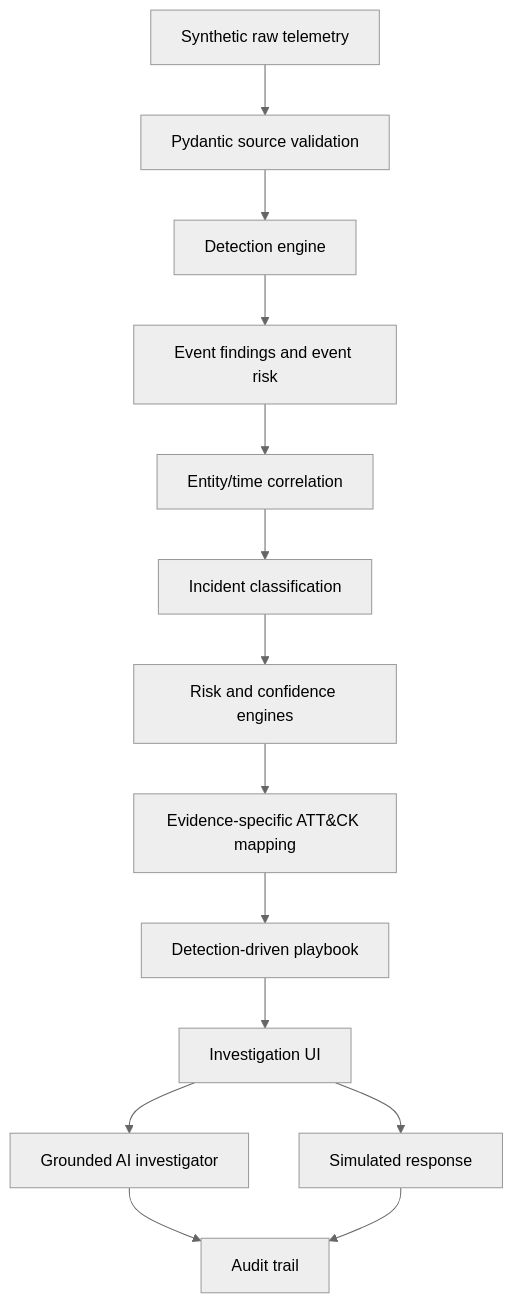
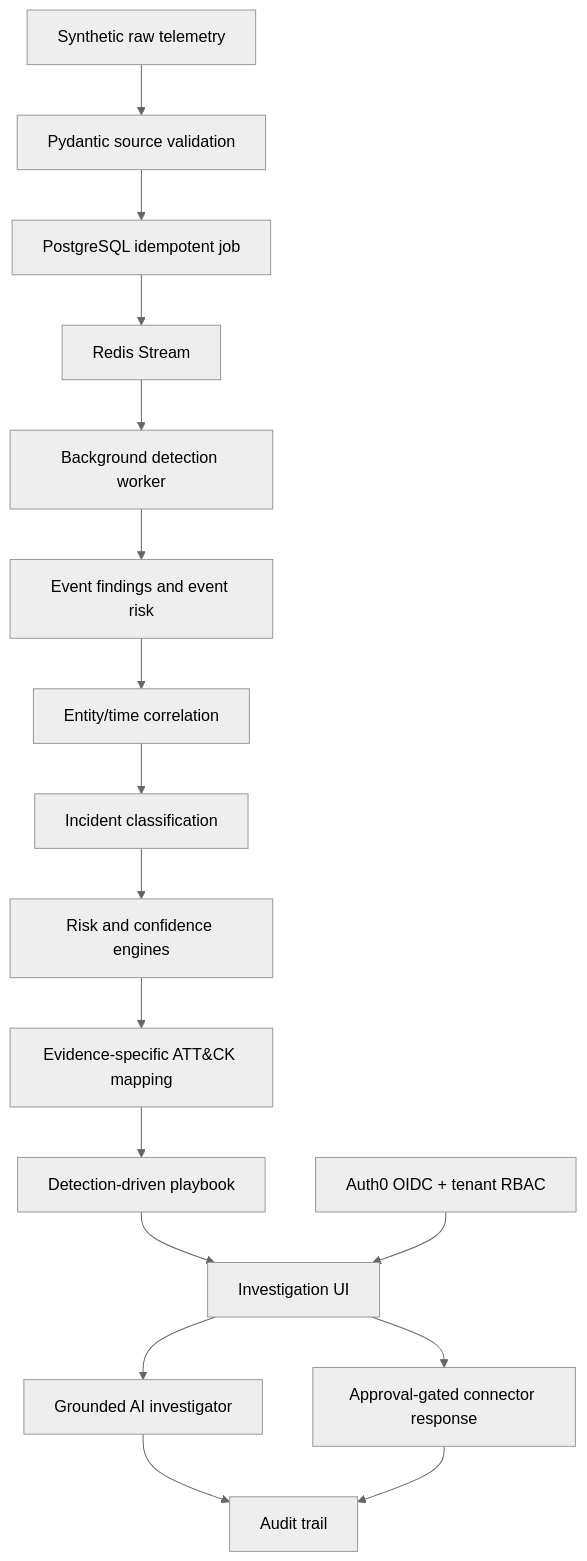
The diagram in docs/architecture.md (samgulati/cirt-lens), drawn with Mermaid (neutral theme) before and after one commit. The commit also changed other lines of this file and 94 other files, not shown here.

````diff
--- a/docs/architecture.md
+++ b/docs/architecture.md
@@ -7,16 +7,19 @@
 ```mermaid
 flowchart TD
   R[Synthetic raw telemetry] --> V[Pydantic source validation]
-  V --> D[Detection engine]
+  V --> J[PostgreSQL idempotent job]
+  J --> RS[Redis Stream]
+  RS --> D[Background detection worker]
   D --> F[Event findings and event risk]
   F --> C[Entity/time correlation]
   C --> I[Incident classification]
   I --> S[Risk and confidence engines]
   S --> A[Evidence-specific ATT&CK mapping]
   A --> P[Detection-driven playbook]
   P --> UI[Investigation UI]
   UI --> AI[Grounded AI investigator]
-  UI --> SOAR[Simulated response]
+  UI --> SOAR[Approval-gated connector response]
+  OIDC[Auth0 OIDC + tenant RBAC] --> UI
   AI --> AU[Audit trail]
   SOAR --> AU
 ```
````
